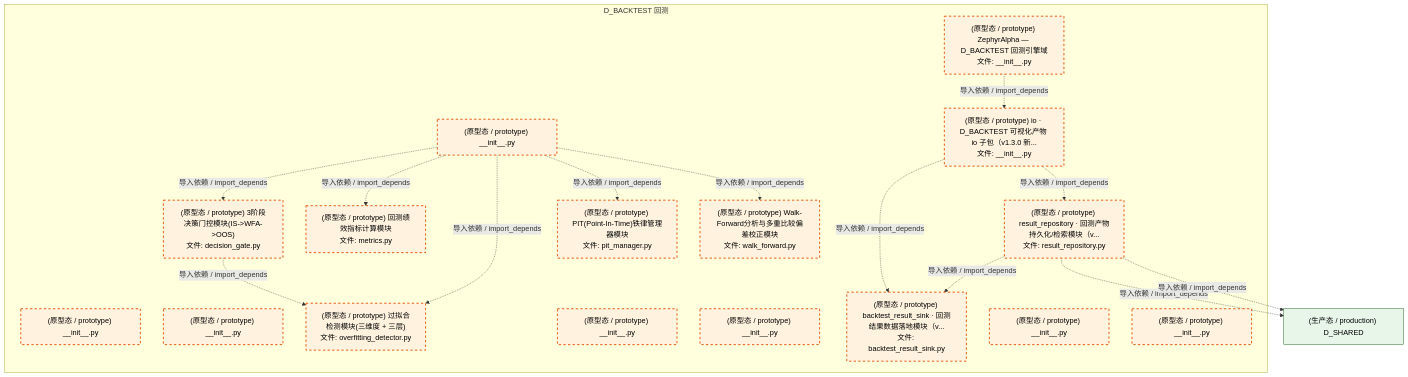
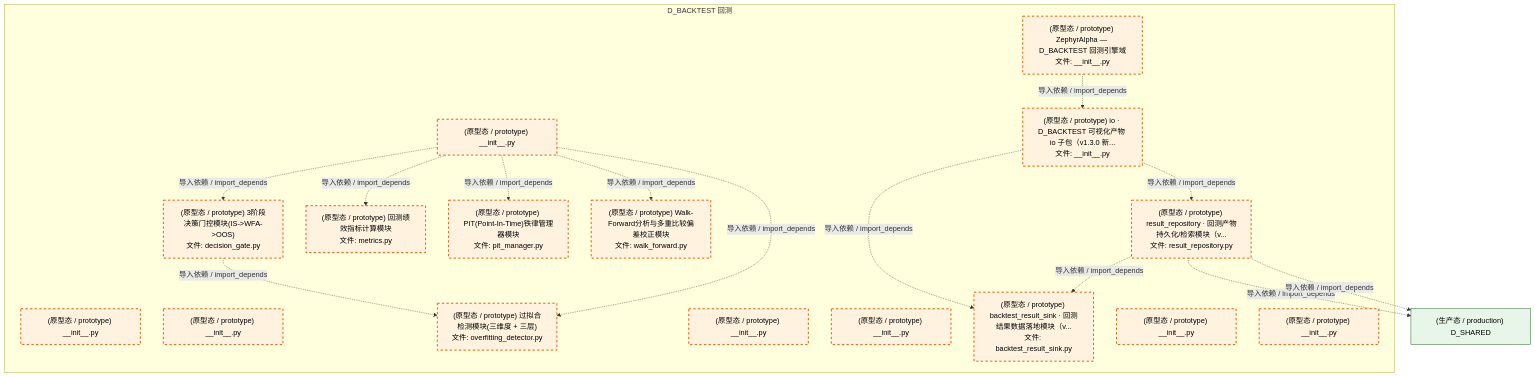
Before and after one commit to xuanFelixVan/ZephyrAlpha: the fifth of 6 diagrams in docs/02_enterprise_architecture/02_domain_architecture_docs/30_d_backtest.md, drawn with Mermaid. The commit also changed other lines of this file and 126 other files, not shown here.

````diff
--- a/docs/02_enterprise_architecture/02_domain_architecture_docs/30_d_backtest.md
+++ b/docs/02_enterprise_architecture/02_domain_architecture_docs/30_d_backtest.md
@@ -342,40 +342,40 @@
 ```mermaid
 graph TD
     subgraph D_BACKTEST["D_BACKTEST 回测"]
         src_zephyr_backtest_init_py["(原型态 / prototype) ZephyrAlpha — D_BACKTEST 回测引擎域<br/>文件: __init__.py"]
         src_zephyr_backtest_extensions_init_py["(原型态 / prototype) __init__.py"]
         src_zephyr_backtest_api_init_py["(原型态 / prototype) __init__.py"]
         src_zephyr_backtest_core_init_py["(原型态 / prototype) __init__.py"]
         src_zephyr_backtest_core_decision_gate_py["(原型态 / prototype) 3阶段决策门控模块(IS->WFA->OOS)<br/>文件: decision_gate.py"]
         src_zephyr_backtest_core_metrics_py["(原型态 / prototype) 回测绩效指标计算模块<br/>文件: metrics.py"]
         src_zephyr_backtest_core_overfitting_detector_py["(原型态 / prototype) 过拟合检测模块(三维度 + 三层)<br/>文件: overfitting_detector.py"]
         src_zephyr_backtest_core_pit_manager_py["(原型态 / prototype) PIT(Point-In-Time)铁律管理器模块<br/>文件: pit_manager.py"]
         src_zephyr_backtest_core_walk_forward_py["(原型态 / prototype) Walk-Forward分析与多重比较偏差校正模块<br/>文件: walk_forward.py"]
         src_zephyr_backtest_implementations_init_py["(原型态 / prototype) __init__.py"]
         src_zephyr_backtest_infrastructure_init_py["(原型态 / prototype) __init__.py"]
         src_zephyr_backtest_io_init_py["(原型态 / prototype) io · D_BACKTEST 可视化产物 io 子包（v1.3.0 新...<br/>文件: __init__.py"]
         src_zephyr_backtest_io_backtest_result_sink_py["(原型态 / prototype) backtest_result_sink · 回测结果数据落地模块（v...<br/>文件: backtest_result_sink.py"]
         src_zephyr_backtest_io_result_repository_py["(原型态 / prototype) result_repository · 回测产物持久化/检索模块（v...<br/>文件: result_repository.py"]
         src_zephyr_backtest_models_init_py["(原型态 / prototype) __init__.py"]
         src_zephyr_backtest_services_init_py["(原型态 / prototype) __init__.py"]
     end
     src_zephyr_backtest_core_decision_gate_py -.->|导入依赖 / import_depends| src_zephyr_backtest_core_overfitting_detector_py
     src_zephyr_backtest_init_py -.->|导入依赖 / import_depends| src_zephyr_backtest_io_init_py
     src_zephyr_backtest_core_init_py -.->|导入依赖 / import_depends| src_zephyr_backtest_core_decision_gate_py
+    src_zephyr_backtest_core_init_py -.->|导入依赖 / import_depends| src_zephyr_backtest_core_pit_manager_py
+    src_zephyr_backtest_core_init_py -.->|导入依赖 / import_depends| src_zephyr_backtest_core_overfitting_detector_py
     src_zephyr_backtest_core_init_py -.->|导入依赖 / import_depends| src_zephyr_backtest_core_metrics_py
-    src_zephyr_backtest_core_init_py -.->|导入依赖 / import_depends| src_zephyr_backtest_core_overfitting_detector_py
-    src_zephyr_backtest_core_init_py -.->|导入依赖 / import_depends| src_zephyr_backtest_core_pit_manager_py
     src_zephyr_backtest_core_init_py -.->|导入依赖 / import_depends| src_zephyr_backtest_core_walk_forward_py
-    src_zephyr_backtest_io_result_repository_py -.->|导入依赖 / import_depends| src_zephyr_backtest_io_backtest_result_sink_py
     src_zephyr_backtest_io_init_py -.->|导入依赖 / import_depends| src_zephyr_backtest_io_backtest_result_sink_py
     src_zephyr_backtest_io_init_py -.->|导入依赖 / import_depends| src_zephyr_backtest_io_result_repository_py
+    src_zephyr_backtest_io_result_repository_py -.->|导入依赖 / import_depends| src_zephyr_backtest_io_backtest_result_sink_py
     D_SHARED["(生产态 / production) D_SHARED"]
     src_zephyr_backtest_io_result_repository_py -.->|导入依赖 / import_depends| D_SHARED
     src_zephyr_backtest_io_result_repository_py -.->|导入依赖 / import_depends| D_SHARED
     classDef production fill:#e1f5fe,stroke:#01579b,stroke-width:2px,color:#000
     classDef design fill:#fff3e0,stroke:#e65100,stroke-width:2px,color:#000,stroke-dasharray: 5 5
     classDef external_prod fill:#e8f5e9,stroke:#1b5e20,stroke-width:1px,color:#000
     classDef external_design fill:#fce4ec,stroke:#880e4f,stroke-width:1px,color:#000,stroke-dasharray: 5 5
     class src_zephyr_backtest_init_py,src_zephyr_backtest_extensions_init_py,src_zephyr_backtest_api_init_py,src_zephyr_backtest_core_init_py,src_zephyr_backtest_core_decision_gate_py,src_zephyr_backtest_core_metrics_py,src_zephyr_backtest_core_overfitting_detector_py,src_zephyr_backtest_core_pit_manager_py,src_zephyr_backtest_core_walk_forward_py,src_zephyr_backtest_implementations_init_py,src_zephyr_backtest_infrastructure_init_py,src_zephyr_backtest_io_init_py,src_zephyr_backtest_io_backtest_result_sink_py,src_zephyr_backtest_io_result_repository_py,src_zephyr_backtest_models_init_py,src_zephyr_backtest_services_init_py design
     class D_SHARED external_prod
 ```
````
